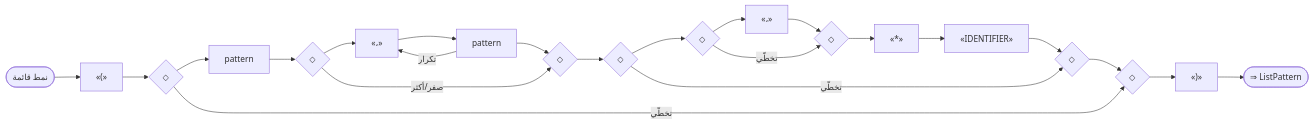
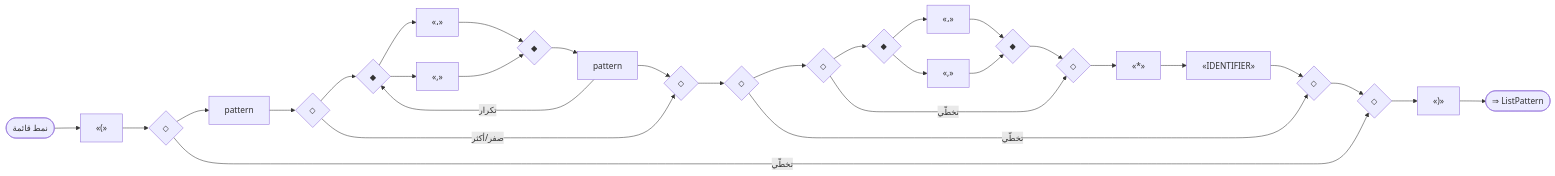
The seventh of 13 diagrams in docs/parser_rule/_generated/50_patterns.md (sadlang/sadlang), drawn with Mermaid before and after one commit. The commit also changed other lines of this file and 103 other files, not shown here.

````diff
--- a/docs/parser_rule/_generated/50_patterns.md
+++ b/docs/parser_rule/_generated/50_patterns.md
@@ -331,43 +345,57 @@
 ```mermaid
 flowchart LR
   n1(["نمط قائمة"])
   n2["«(»"]
   n3{"◇"}
   n4{"◇"}
   n5["pattern"]
   n6{"◇"}
   n7{"◇"}
-  n8["«،»"]
-  n9["pattern"]
-  n8 --> n9
+  n8{"◆"}
+  n9{"◆"}
+  n10["«،»"]
+  n8 --> n10
+  n10 --> n9
+  n11["«,»"]
+  n8 --> n11
+  n11 --> n9
+  n12["pattern"]
+  n9 --> n12
   n6 --> n8
-  n9 --> n7
-  n9 -- "تكرار" --> n8
+  n12 --> n7
+  n12 -- "تكرار" --> n8
   n6 -- "صفر/أكثر" --> n7
   n5 --> n6
-  n10{"◇"}
-  n11{"◇"}
-  n12{"◇"}
   n13{"◇"}
-  n14["«،»"]
-  n12 --> n14
-  n14 --> n13
-  n12 -- "تخطّي" --> n13
-  n15["«*»"]
+  n14{"◇"}
+  n15{"◇"}
+  n16{"◇"}
+  n17{"◆"}
+  n18{"◆"}
+  n19["«،»"]
+  n17 --> n19
+  n19 --> n18
+  n20["«,»"]
+  n17 --> n20
+  n20 --> n18
+  n15 --> n17
+  n18 --> n16
+  n15 -- "تخطّي" --> n16
+  n21["«*»"]
+  n16 --> n21
+  n22["«IDENTIFIER»"]
+  n21 --> n22
   n13 --> n15
-  n16["«IDENTIFIER»"]
-  n15 --> n16
-  n10 --> n12
-  n16 --> n11
-  n10 -- "تخطّي" --> n11
-  n7 --> n10
+  n22 --> n14
+  n13 -- "تخطّي" --> n14
+  n7 --> n13
   n3 --> n5
-  n11 --> n4
+  n14 --> n4
   n3 -- "تخطّي" --> n4
   n2 --> n3
-  n17["«)»"]
-  n4 --> n17
+  n23["«)»"]
+  n4 --> n23
   n1 --> n2
-  n18(["⇒ ListPattern"])
-  n17 --> n18
+  n24(["⇒ ListPattern"])
+  n23 --> n24
 ```
````
